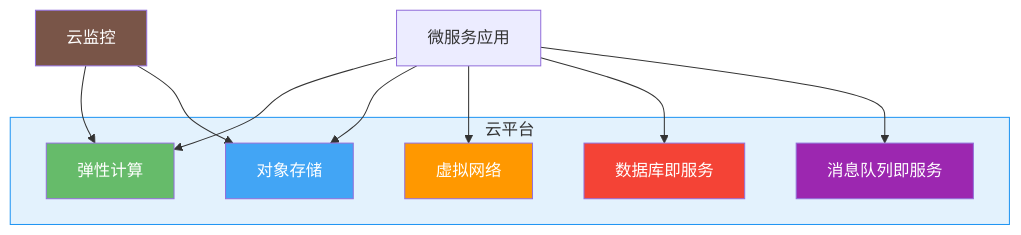
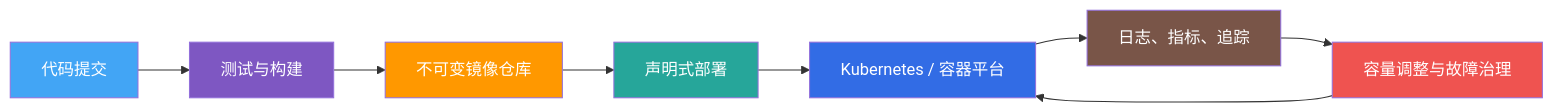
One commit to weng235/weng235.github.io changed the fifth of 5 diagrams in _posts/2026-05-17-internet-architecture-evolution.md. Above: the diagram before and after it, drawn with Mermaid. The commit also changed other lines of this file and 4 other files, not shown here.

````diff
--- a/_posts/2026-05-17-internet-architecture-evolution.md
+++ b/_posts/2026-05-17-internet-architecture-evolution.md
@@ -361,27 +220,18 @@
 ```mermaid
-graph TB
-    subgraph 云平台
-        Compute[弹性计算]
-        Storage[对象存储]
-        Network[虚拟网络]
-        DBaaS[数据库即服务]
-        MQaaS[消息队列即服务]
-    end
+flowchart LR
+    Code["代码提交"] --> CI["测试与构建"]
+    CI --> Registry["不可变镜像仓库"]
+    Registry --> CD["声明式部署"]
+    CD --> K8s["Kubernetes / 容器平台"]
+    K8s --> Observe["日志、指标、追踪"]
+    Observe --> Scale["容量调整与故障治理"]
+    Scale --> K8s
 
-    App[微服务应用] --> Compute
-    App --> Storage
-    App --> Network
-    App --> DBaaS
-    App --> MQaaS
-
-    Monitor[云监控] --> Compute
-    Monitor --> Storage
-
-    style 云平台 fill:#E3F2FD,stroke:#2196F3
-    style Compute fill:#66BB6A,color:#fff
-    style Storage fill:#42A5F5,color:#fff
-    style Network fill:#FF9800,color:#fff
-    style DBaaS fill:#F44336,color:#fff
-    style MQaaS fill:#9C27B0,color:#fff
-    style Monitor fill:#795548,color:#fff
+    style Code fill:#42A5F5,color:#fff
+    style CI fill:#7E57C2,color:#fff
+    style Registry fill:#FF9800,color:#fff
+    style CD fill:#26A69A,color:#fff
+    style K8s fill:#326CE5,color:#fff
+    style Observe fill:#795548,color:#fff
+    style Scale fill:#EF5350,color:#fff
 ```
````
